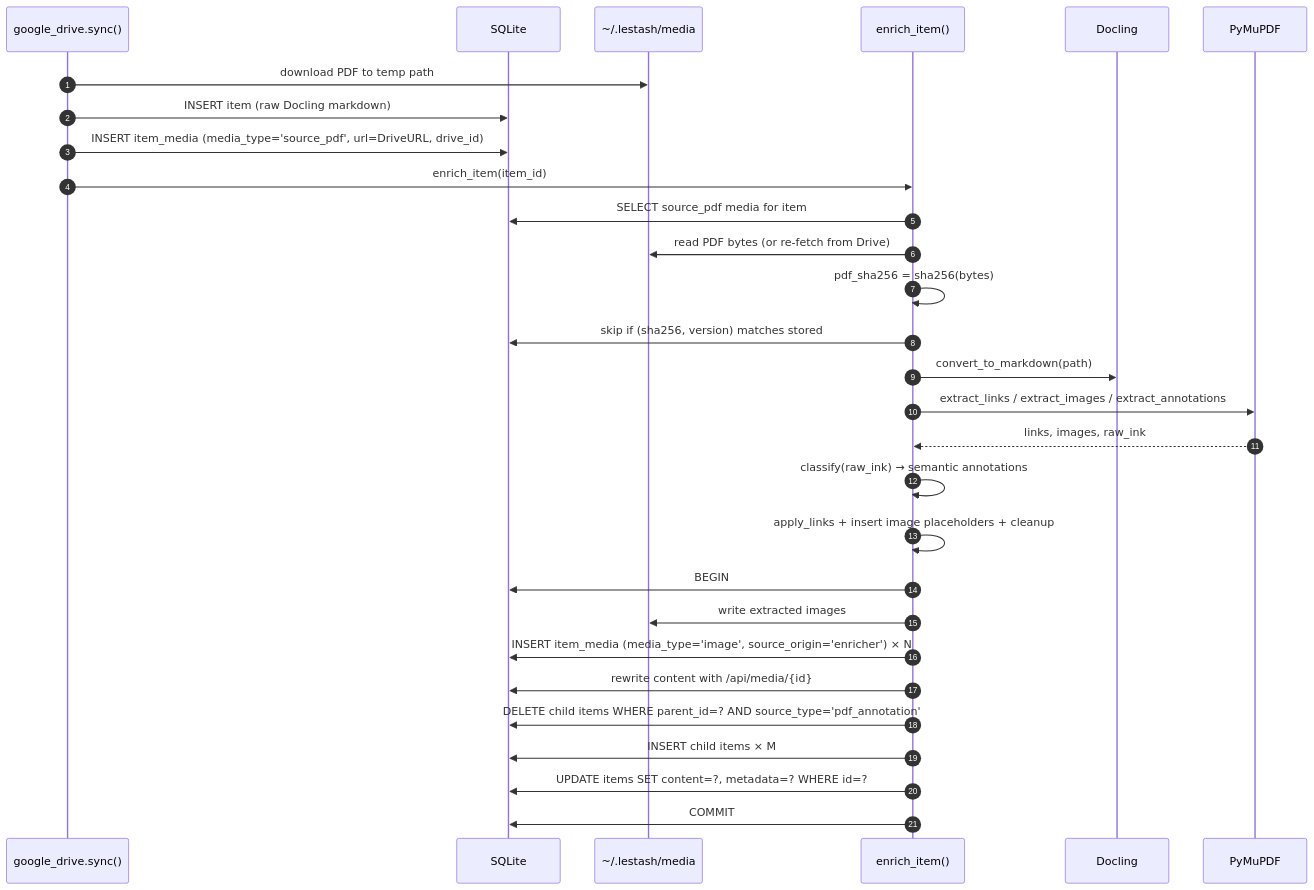
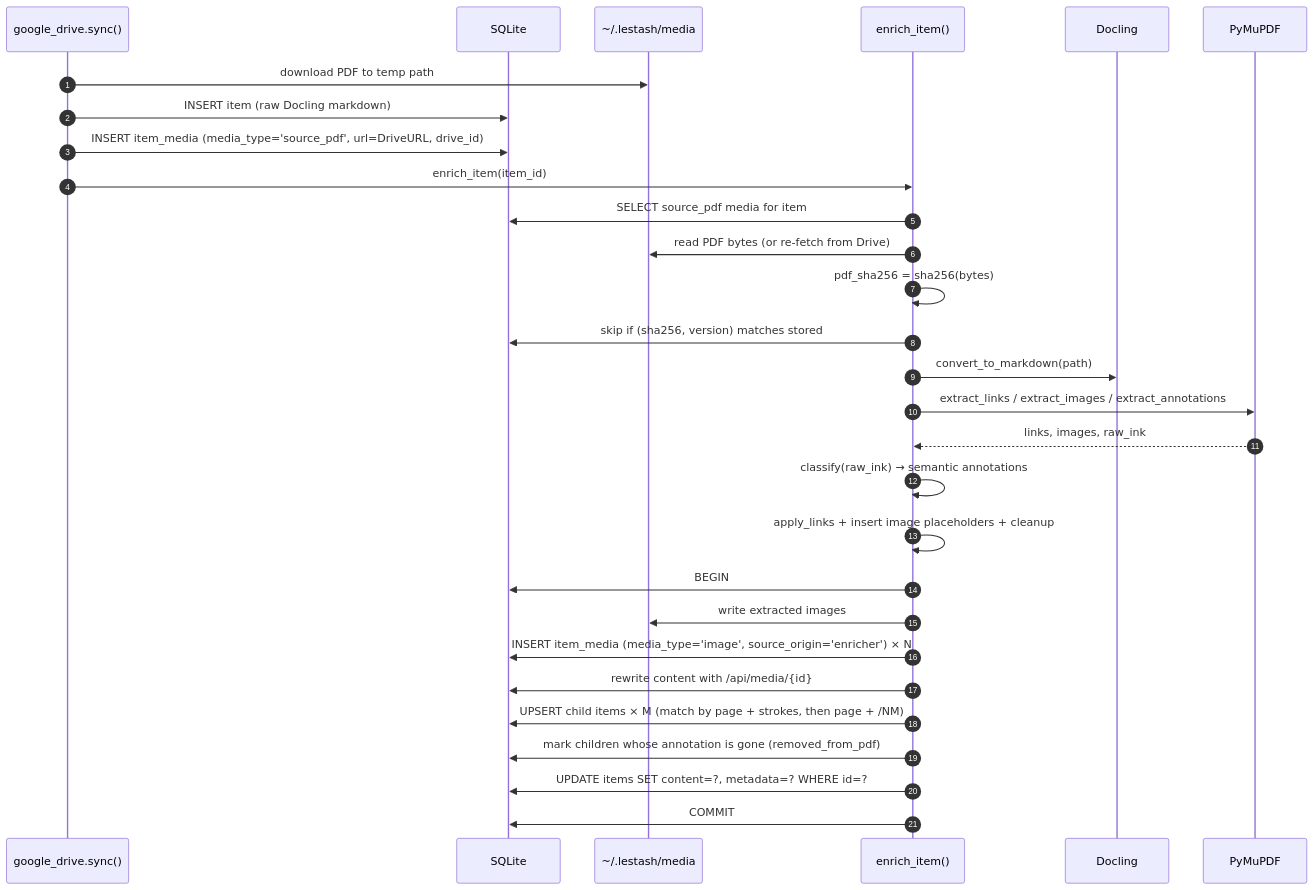
One commit to thompsonson/lestash changed the first of 5 diagrams in docs/pdf-enrichment-design.md. Above: the diagram before and after it, drawn with Mermaid. The commit also changed other lines of this file and 9 other files, not shown here.

First line of the commit message:
fix(pdf): upsert annotation children on re-enrich, keep one source_pdf (#205)

````diff
--- a/docs/pdf-enrichment-design.md
+++ b/docs/pdf-enrichment-design.md
@@ -157,32 +157,32 @@
 ```mermaid
 sequenceDiagram
     autonumber
     participant Sync as google_drive.sync()
     participant DB as SQLite
     participant FS as ~/.lestash/media
     participant Enrich as enrich_item()
     participant Docling
     participant PyMuPDF
 
     Sync->>FS: download PDF to temp path
     Sync->>DB: INSERT item (raw Docling markdown)
     Sync->>DB: INSERT item_media (media_type='source_pdf', url=DriveURL, drive_id)
     Sync->>Enrich: enrich_item(item_id)
     Enrich->>DB: SELECT source_pdf media for item
     Enrich->>FS: read PDF bytes (or re-fetch from Drive)
     Enrich->>Enrich: pdf_sha256 = sha256(bytes)
     Enrich->>DB: skip if (sha256, version) matches stored
     Enrich->>Docling: convert_to_markdown(path)
     Enrich->>PyMuPDF: extract_links / extract_images / extract_annotations
     PyMuPDF-->>Enrich: links, images, raw_ink
     Enrich->>Enrich: classify(raw_ink) → semantic annotations
     Enrich->>Enrich: apply_links + insert image placeholders + cleanup
     Enrich->>DB: BEGIN
     Enrich->>FS: write extracted images
     Enrich->>DB: INSERT item_media (media_type='image', source_origin='enricher') × N
     Enrich->>DB: rewrite content with /api/media/{id}
-    Enrich->>DB: DELETE child items WHERE parent_id=? AND source_type='pdf_annotation'
-    Enrich->>DB: INSERT child items × M
+    Enrich->>DB: UPSERT child items × M (match by page + strokes, then page + /NM)
+    Enrich->>DB: mark children whose annotation is gone (removed_from_pdf)
     Enrich->>DB: UPDATE items SET content=?, metadata=? WHERE id=?
     Enrich->>DB: COMMIT
 ```
````
